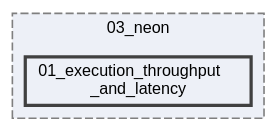
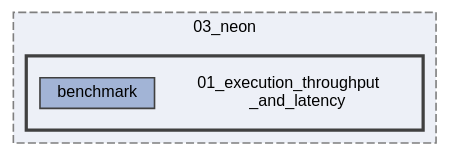
The diagram in dir_db0c44b6c99babc115391fee31ffffd2_dep.dot (Shad00Z/machine-learning-compilers), drawn with Graphviz before and after one commit. The commit also changed 30 other files, not shown here.

```diff
--- a/dir_db0c44b6c99babc115391fee31ffffd2_dep.dot
+++ b/dir_db0c44b6c99babc115391fee31ffffd2_dep.dot
@@ -1,12 +1,16 @@
 digraph "/home/runner/work/machine-learning-compilers/machine-learning-compilers/src/submissions/03_neon/01_execution_throughput_and_latency"
 {
  // LATEX_PDF_SIZE
   bgcolor="transparent";
   edge [fontname=Helvetica,fontsize=10,labelfontname=Helvetica,labelfontsize=10];
   node [fontname=Helvetica,fontsize=10,shape=box,height=0.2,width=0.4];
   compound=true
   subgraph clusterdir_b2c563f7bf427f5a0c17c9a95cb1f2fd {
     graph [ bgcolor="#edf0f7", pencolor="grey50", label="03_neon", fontname=Helvetica,fontsize=10 style="filled,dashed", URL="dir_b2c563f7bf427f5a0c17c9a95cb1f2fd.html",tooltip=""]
-  dir_db0c44b6c99babc115391fee31ffffd2 [label="01_execution_throughput\l_and_latency", fillcolor="#edf0f7", color="grey25", style="filled,bold", URL="dir_db0c44b6c99babc115391fee31ffffd2.html",tooltip=""];
+  subgraph clusterdir_db0c44b6c99babc115391fee31ffffd2 {
+    graph [ bgcolor="#edf0f7", pencolor="grey25", label="", fontname=Helvetica,fontsize=10 style="filled,bold", URL="dir_db0c44b6c99babc115391fee31ffffd2.html",tooltip=""]
+    dir_db0c44b6c99babc115391fee31ffffd2 [shape=plaintext, label="01_execution_throughput\l_and_latency"];
+  dir_6a45cead0ad97b9b328c87f0c486e1d8 [label="benchmark", fillcolor="#a2b4d6", color="grey25", style="filled", URL="dir_6a45cead0ad97b9b328c87f0c486e1d8.html",tooltip=""];
+  }
   }
 }
```
